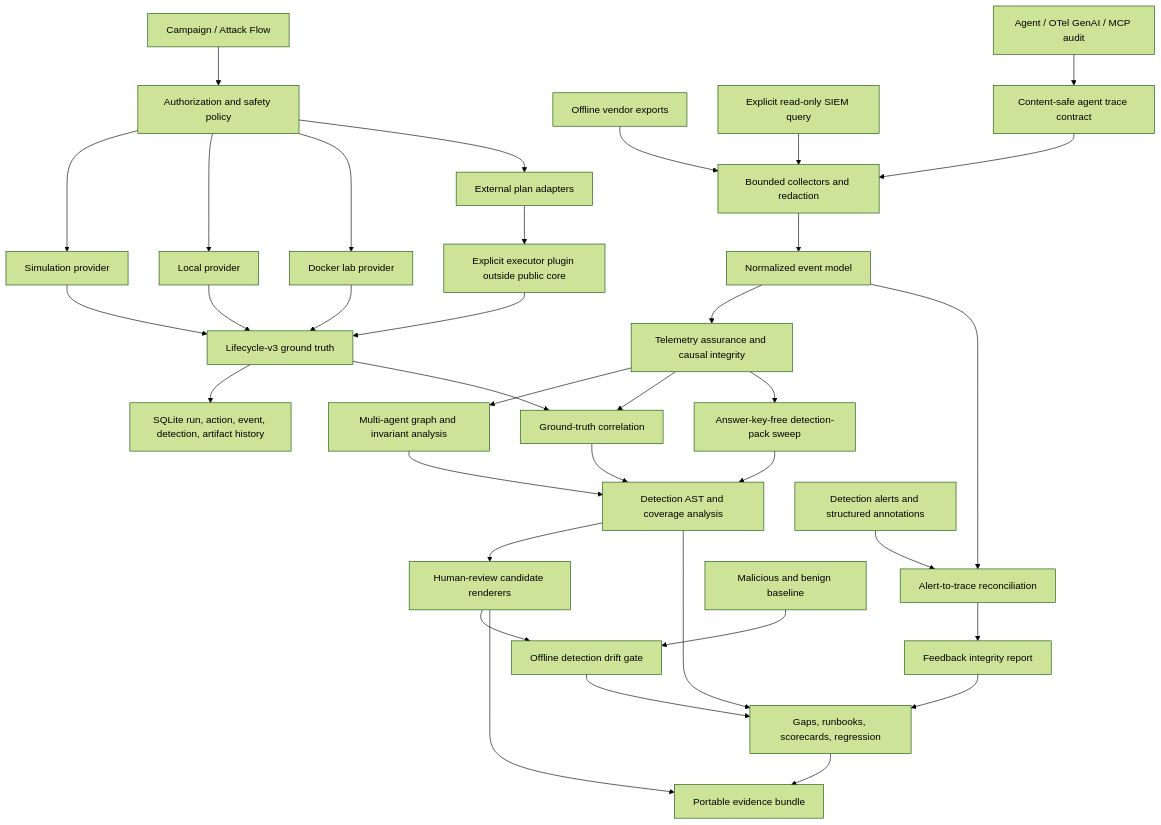
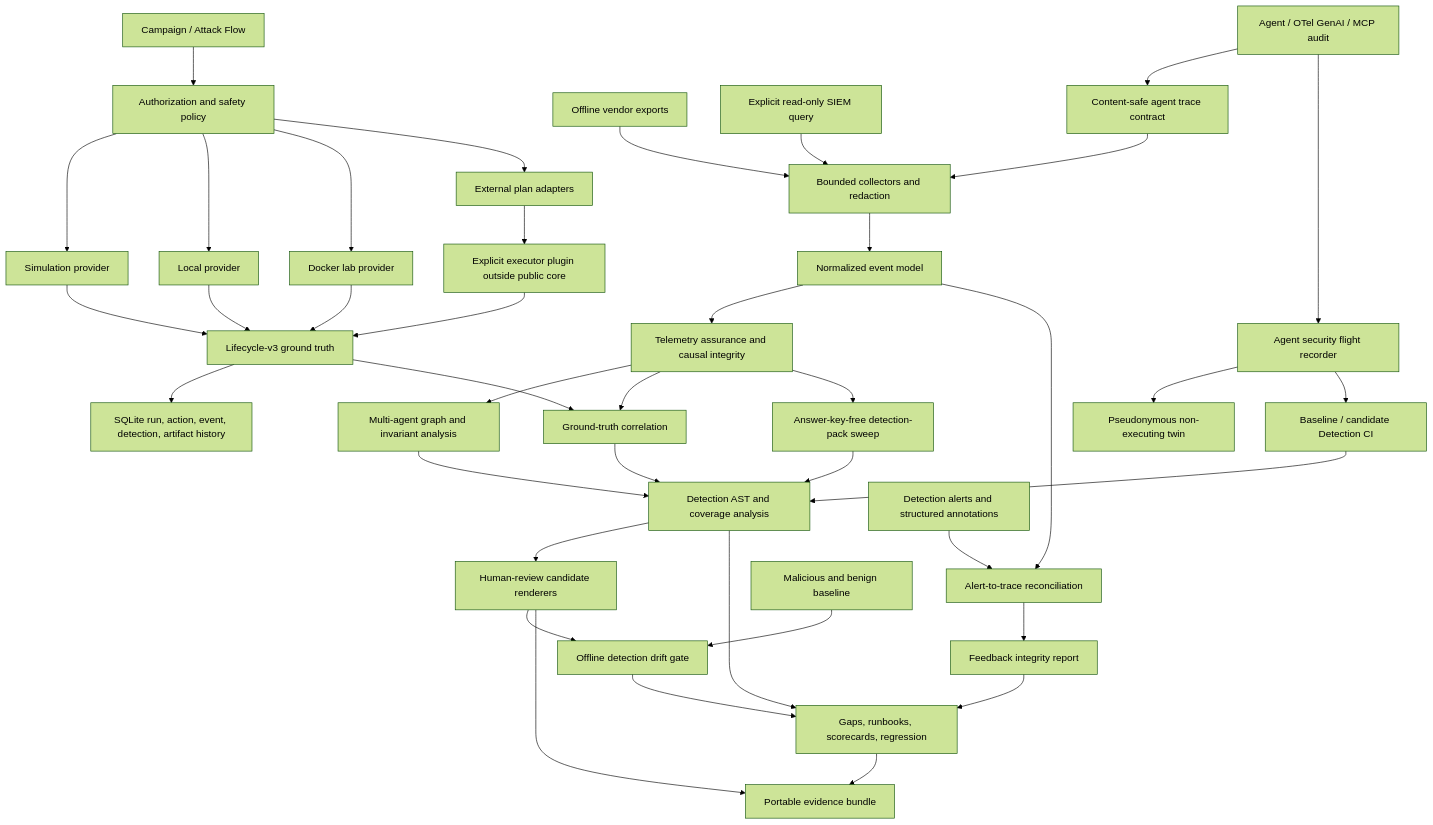
Before and after one commit to hellnbak/AgentSim: the diagram in ARCHITECTURE.md, drawn with Mermaid (forest theme). The commit also changed other lines of this file and 29 other files, not shown here.

Commit message:
Release v1.6.0 flight recorder and detection CI

````diff
--- a/ARCHITECTURE.md
+++ b/ARCHITECTURE.md
@@ -7,38 +7,42 @@
 ```mermaid
 flowchart TD
     Campaign["Campaign / Attack Flow"] --> Policy["Authorization and safety policy"]
     Policy --> Sim["Simulation provider"]
     Policy --> Local["Local provider"]
     Policy --> Docker["Docker lab provider"]
     Policy --> Plan["External plan adapters"]
     Plan --> Plugin["Explicit executor plugin outside public core"]
     Sim --> Timeline["Lifecycle-v3 ground truth"]
     Local --> Timeline
     Docker --> Timeline
     Plugin --> Timeline
     Timeline --> Store["SQLite run, action, event, detection, artifact history"]
     Export["Offline vendor exports"] --> Collect["Bounded collectors and redaction"]
     Live["Explicit read-only SIEM query"] --> Collect
     Runtime["Agent / OTel GenAI / MCP audit"] --> Contract["Content-safe agent trace contract"]
+    Runtime --> Flight["Agent security flight recorder"]
+    Flight --> Twin["Pseudonymous non-executing twin"]
+    Flight --> FlightGate["Baseline / candidate Detection CI"]
     Contract --> Collect
     Collect --> Normalize["Normalized event model"]
     Normalize --> Assure["Telemetry assurance and causal integrity"]
     Assure --> Investigate["Multi-agent graph and invariant analysis"]
     Assure --> Correlate["Ground-truth correlation"]
     Assure --> Sweep["Answer-key-free detection-pack sweep"]
     Timeline --> Correlate
     Correlate --> Detect["Detection AST and coverage analysis"]
     Sweep --> Detect
     Investigate --> Detect
+    FlightGate --> Detect
     Detect --> Candidate["Human-review candidate renderers"]
     Detect --> Defense["Gaps, runbooks, scorecards, regression"]
     Alert["Detection alerts and structured annotations"] --> Reconcile["Alert-to-trace reconciliation"]
     Normalize --> Reconcile
     Reconcile --> Feedback["Feedback integrity report"]
     Baseline["Malicious and benign baseline"] --> Drift["Offline detection drift gate"]
     Candidate --> Drift
     Feedback --> Defense
     Drift --> Defense
     Candidate --> Bundle["Portable evidence bundle"]
     Defense --> Bundle
 ```
````
